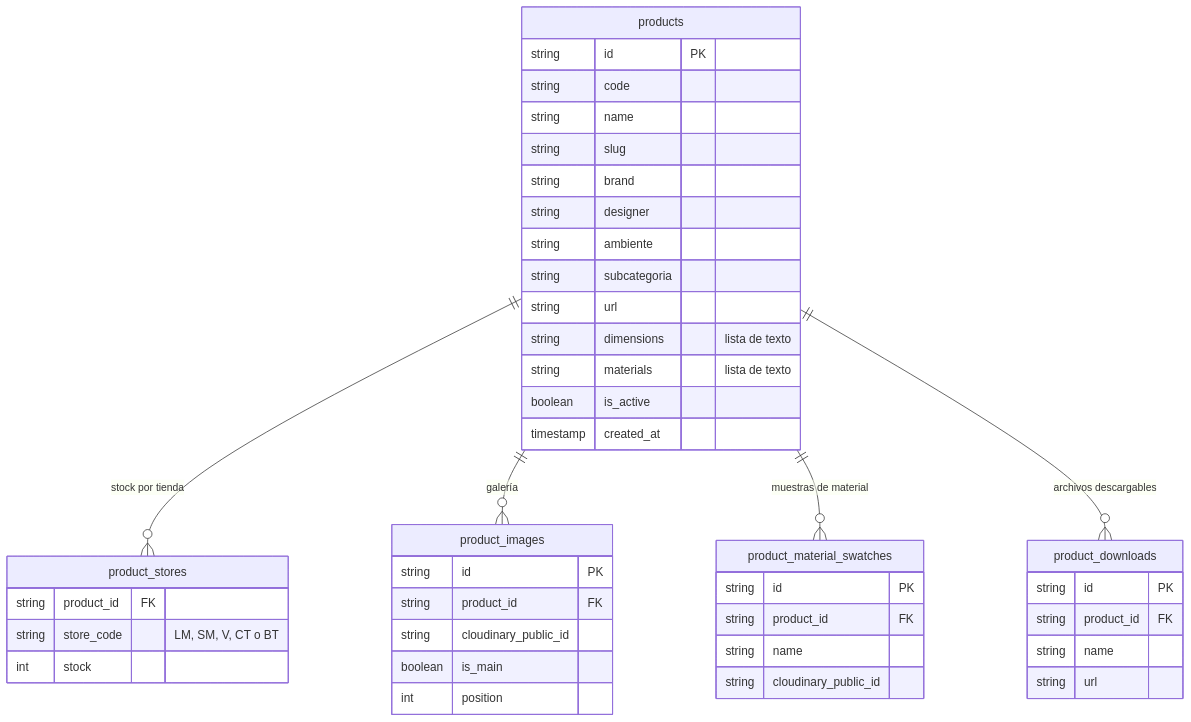
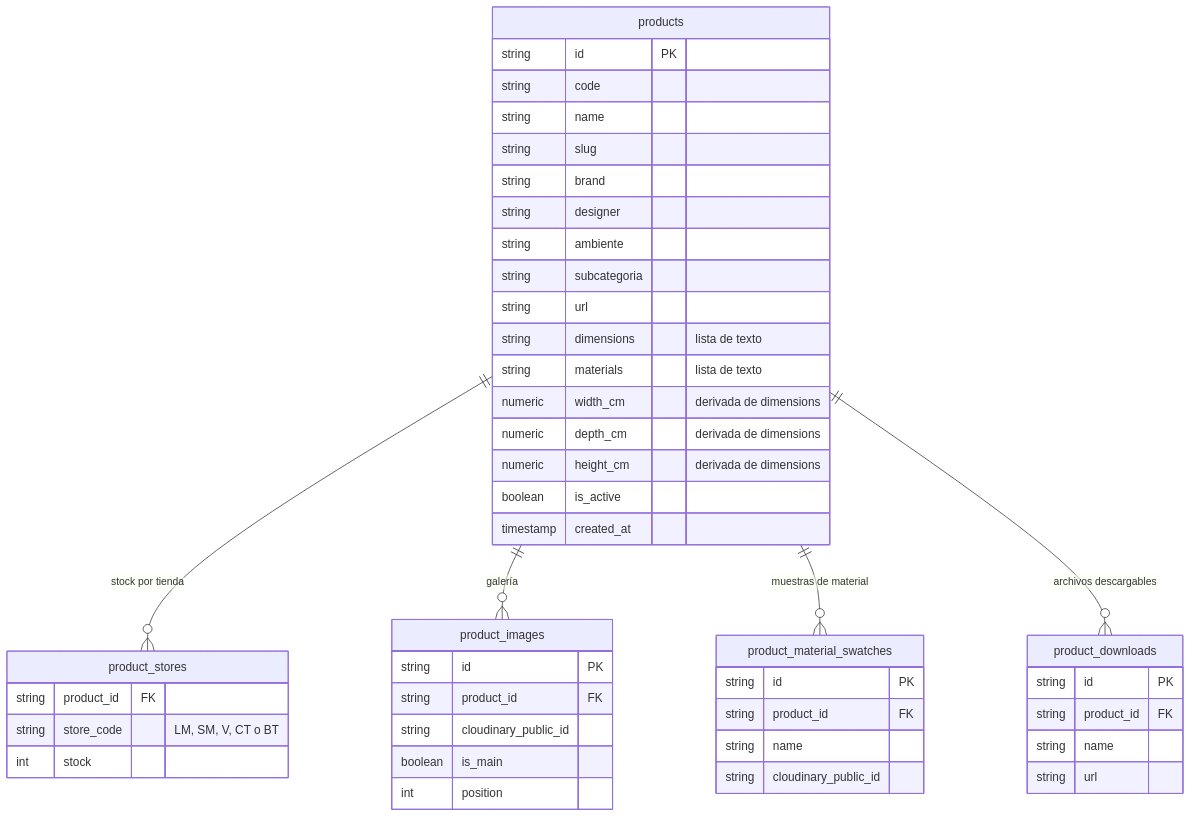
The third of 3 diagrams in README.md (santifuenma/ModernHome-WebCatalog), drawn with Mermaid before and after one commit. The commit also changed other lines of this file and 6 other files, not shown here.

````diff
--- a/README.md
+++ b/README.md
@@ -151,47 +151,50 @@
 ```mermaid
 erDiagram
     products ||--o{ product_stores : "stock por tienda"
     products ||--o{ product_images : "galería"
     products ||--o{ product_material_swatches : "muestras de material"
     products ||--o{ product_downloads : "archivos descargables"
 
     products {
         string id PK
         string code
         string name
         string slug
         string brand
         string designer
         string ambiente
         string subcategoria
         string url
         string dimensions "lista de texto"
         string materials "lista de texto"
+        numeric width_cm "derivada de dimensions"
+        numeric depth_cm "derivada de dimensions"
+        numeric height_cm "derivada de dimensions"
         boolean is_active
         timestamp created_at
     }
     product_stores {
         string product_id FK
         string store_code "LM, SM, V, CT o BT"
         int stock
     }
     product_images {
         string id PK
         string product_id FK
         string cloudinary_public_id
         boolean is_main
         int position
     }
     product_material_swatches {
         string id PK
         string product_id FK
         string name
         string cloudinary_public_id
     }
     product_downloads {
         string id PK
         string product_id FK
         string name
         string url
     }
 ```
````
